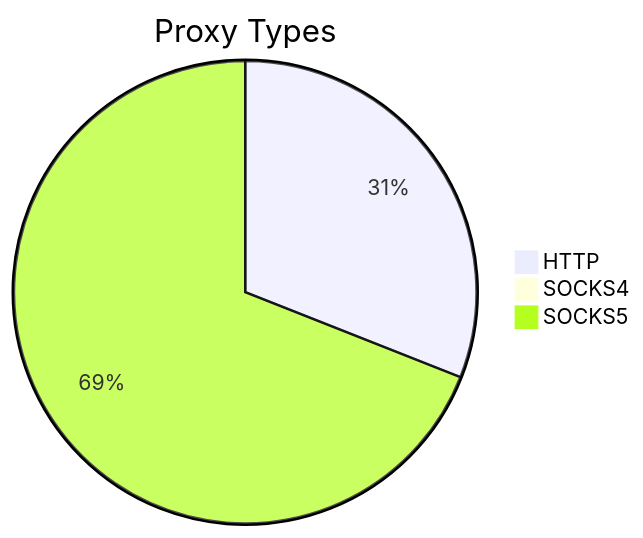
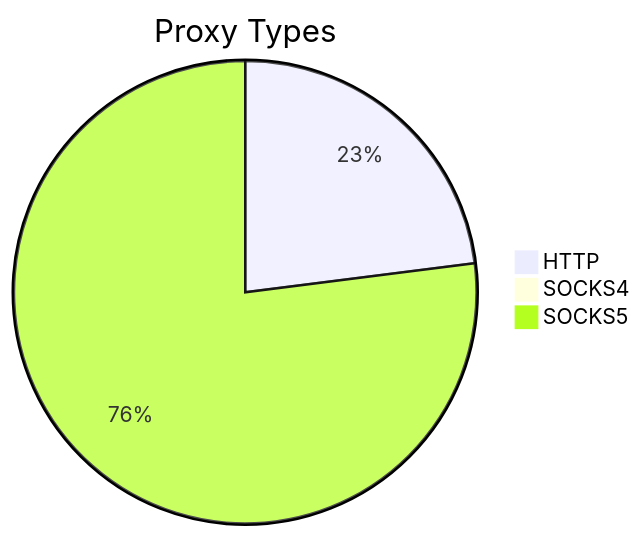
Before and after one commit to stormsia/proxy-list: the first of 2 diagrams in README.md, drawn with Mermaid. The commit also changed other lines of this file, not shown here.

````diff
--- a/README.md
+++ b/README.md
@@ -21,6 +21,6 @@
 ```mermaid
 pie title Proxy Types
-    "HTTP" : 365
-    "SOCKS4" : 8
-    "SOCKS5" : 813
+    "HTTP" : 390
+    "SOCKS4" : 14
+    "SOCKS5" : 1306
 ```
````
